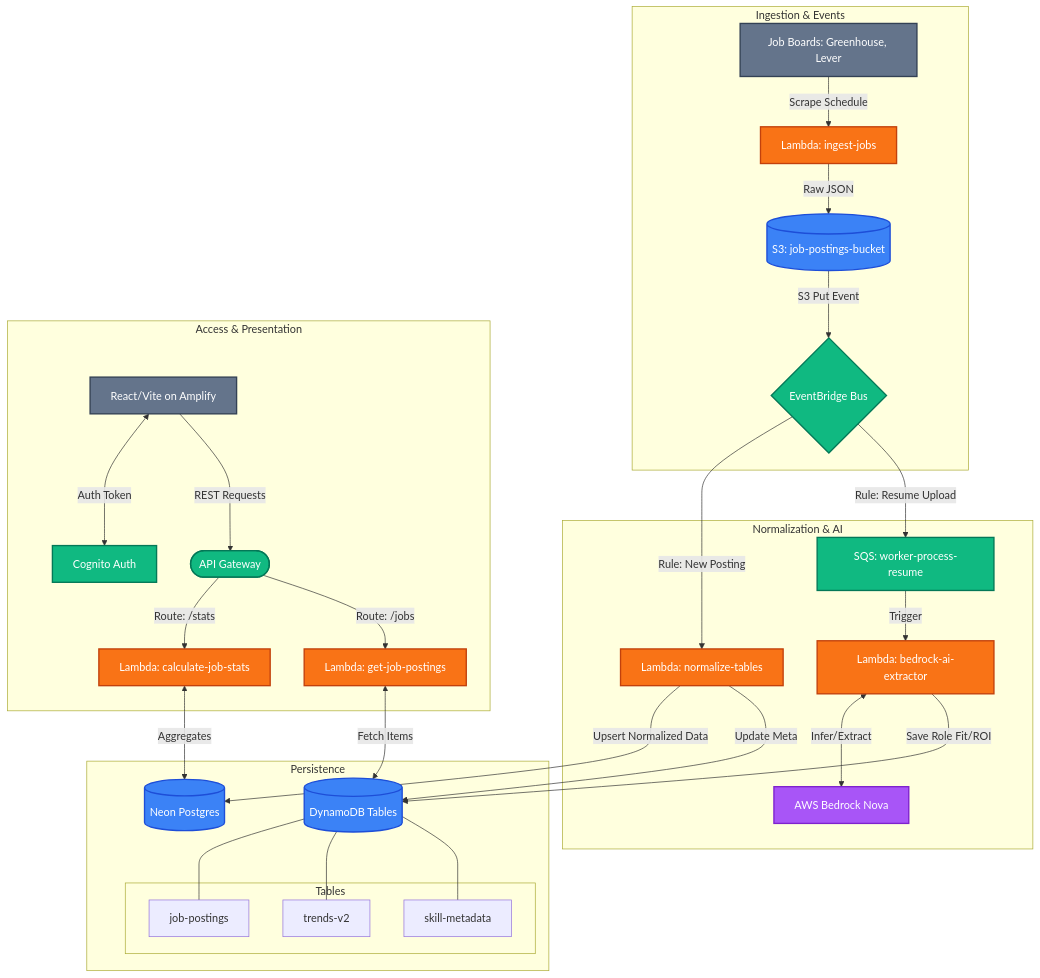
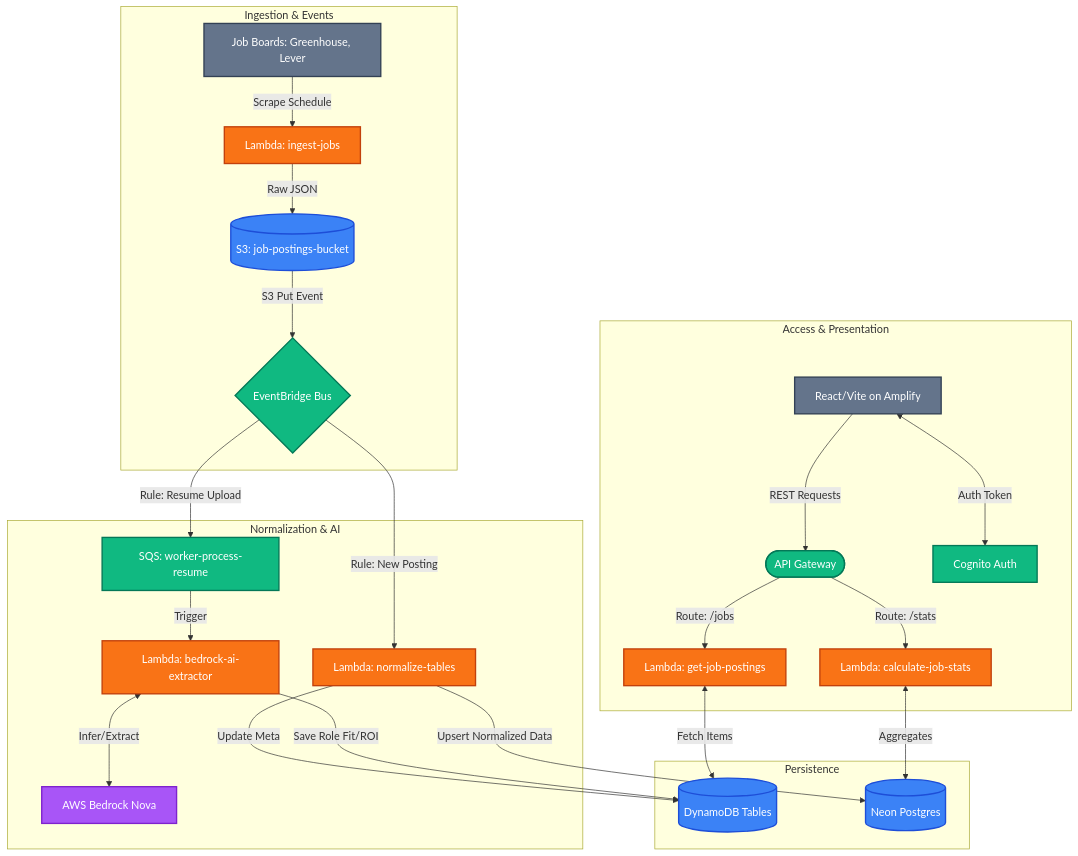
Before and after one commit to Cstannahill/job-market-analyzer: the second of 2 diagrams in README.md, drawn with Mermaid. The commit also changed other lines of this file and 10 other files, not shown here.

````diff
--- a/README.md
+++ b/README.md
@@ -324,74 +109,57 @@
 ```mermaid
 graph TD
-    %% Styles
     classDef compute fill:#f97316,stroke:#c2410c,stroke-width:2px,color:white;
     classDef storage fill:#3b82f6,stroke:#1d4ed8,stroke-width:2px,color:white;
     classDef ai fill:#a855f7,stroke:#7e22ce,stroke-width:2px,color:white;
     classDef network fill:#10b981,stroke:#047857,stroke-width:2px,color:white;
     classDef external fill:#64748b,stroke:#334155,stroke-width:2px,color:white;
 
     subgraph Ingestion_Layer [Ingestion & Events]
         Sources[Job Boards: Greenhouse, Lever]:::external
         Scraper[Lambda: ingest-jobs]:::compute
         RawBucket[(S3: job-postings-bucket)]:::storage
         EB{EventBridge Bus}:::network
     end
 
     subgraph Processing_Layer [Normalization & AI]
         NormLambda[Lambda: normalize-tables]:::compute
         ResumeQueue[SQS: worker-process-resume]:::network
         AILambda[Lambda: bedrock-ai-extractor]:::compute
         Bedrock[AWS Bedrock Nova]:::ai
     end
 
     subgraph Storage_Layer [Persistence]
         Dynamo[(DynamoDB Tables)]:::storage
         Neon[(Neon Postgres)]:::storage
-        subgraph Tables
-            DT1[job-postings]
-            DT2[trends-v2]
-            DT3[skill-metadata]
-        end
     end
 
     subgraph API_Layer [Access & Presentation]
         APIGW([API Gateway]):::network
         Auth[Cognito Auth]:::network
         StatsLambda[Lambda: calculate-job-stats]:::compute
         SearchLambda[Lambda: get-job-postings]:::compute
         Frontend[React/Vite on Amplify]:::external
     end
 
-    %% Connections - Ingestion
     Sources -->|Scrape Schedule| Scraper
     Scraper -->|Raw JSON| RawBucket
     RawBucket -->|S3 Put Event| EB
 
-    %% Connections - Processing
     EB -->|Rule: New Posting| NormLambda
     EB -->|Rule: Resume Upload| ResumeQueue
 
-    %% Normalization Flow
     NormLambda -->|Upsert Normalized Data| Neon
     NormLambda -->|Update Meta| Dynamo
 
-    %% AI Flow
     ResumeQueue -->|Trigger| AILambda
     AILambda <-->|Infer/Extract| Bedrock
     AILambda -->|Save Role Fit/ROI| Dynamo
 
-    %% User Flow
     Frontend <-->|Auth Token| Auth
     Frontend -->|REST Requests| APIGW
     APIGW -->|Route: /stats| StatsLambda
     APIGW -->|Route: /jobs| SearchLambda
 
-    %% Data Retrieval
     StatsLambda <-->|Aggregates| Neon
     SearchLambda <-->|Fetch Items| Dynamo
-
-    %% Apply Styles within subgraphs
-    Dynamo --- DT1
-    Dynamo --- DT2
-    Dynamo --- DT3
 ```
````
